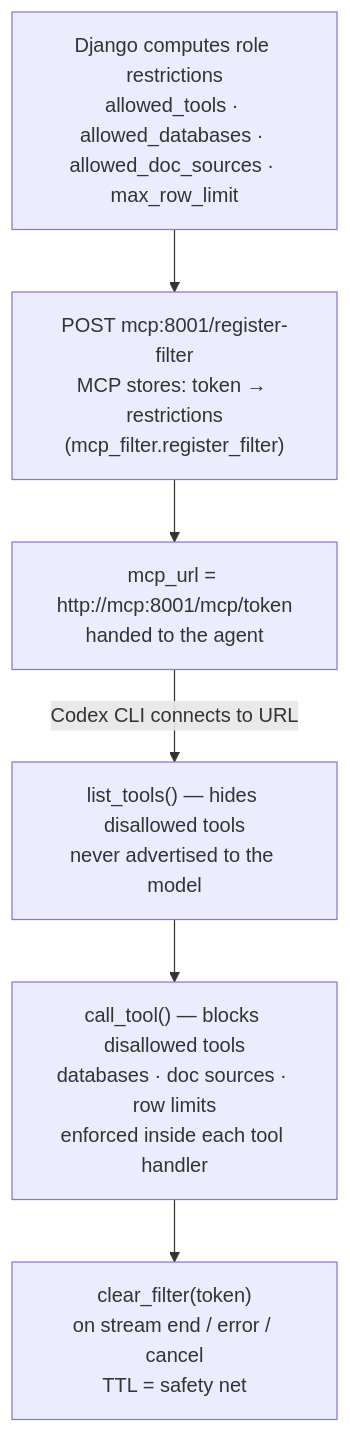
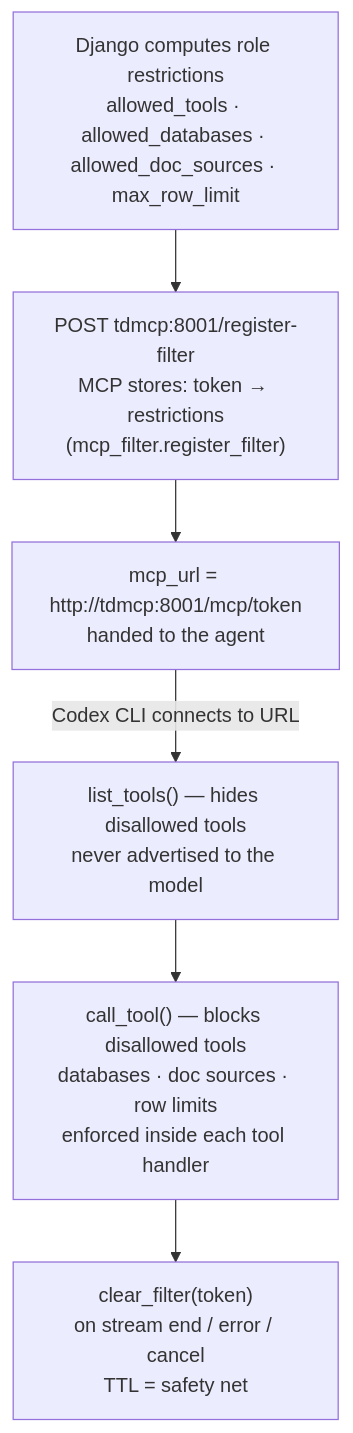
One commit to mpospirit-apps/TetherDust changed the second of 2 diagrams in documentations/TetherDust Documentation/3. Agent Integrations/2. CLI Tool with Auth Token.md. Above: the diagram before and after it, drawn with Mermaid. The commit also changed other lines of this file and 73 other files, not shown here.

Commit message:
chore: move mcp_server to root as tdmcp and align service, container, and configuration naming

````diff
--- a/documentations/TetherDust Documentation/3. Agent Integrations/2. CLI Tool with Auth Token.md
+++ b/documentations/TetherDust Documentation/3. Agent Integrations/2. CLI Tool with Auth Token.md
@@ -208,15 +208,15 @@
 ```mermaid
 flowchart TD
     Restrictions["Django computes role restrictions<br/>allowed_tools · allowed_databases · allowed_doc_sources · max_row_limit"]
-    Register["POST mcp:8001/register-filter<br/>MCP stores: token → restrictions<br/>(mcp_filter.register_filter)"]
-    URL["mcp_url = http://mcp:8001/mcp/token<br/>handed to the agent"]
+    Register["POST tdmcp:8001/register-filter<br/>MCP stores: token → restrictions<br/>(mcp_filter.register_filter)"]
+    URL["mcp_url = http://tdmcp:8001/mcp/token<br/>handed to the agent"]
     ListTools["list_tools() — hides disallowed tools<br/>never advertised to the model"]
     CallTool["call_tool() — blocks disallowed tools<br/>databases · doc sources · row limits<br/>enforced inside each tool handler"]
     Clear["clear_filter(token)<br/>on stream end / error / cancel<br/>TTL = safety net"]
 
     Restrictions --> Register
     Register --> URL
     URL -->|"Codex CLI connects to URL"| ListTools
     ListTools --> CallTool
     CallTool --> Clear
 ```
````
